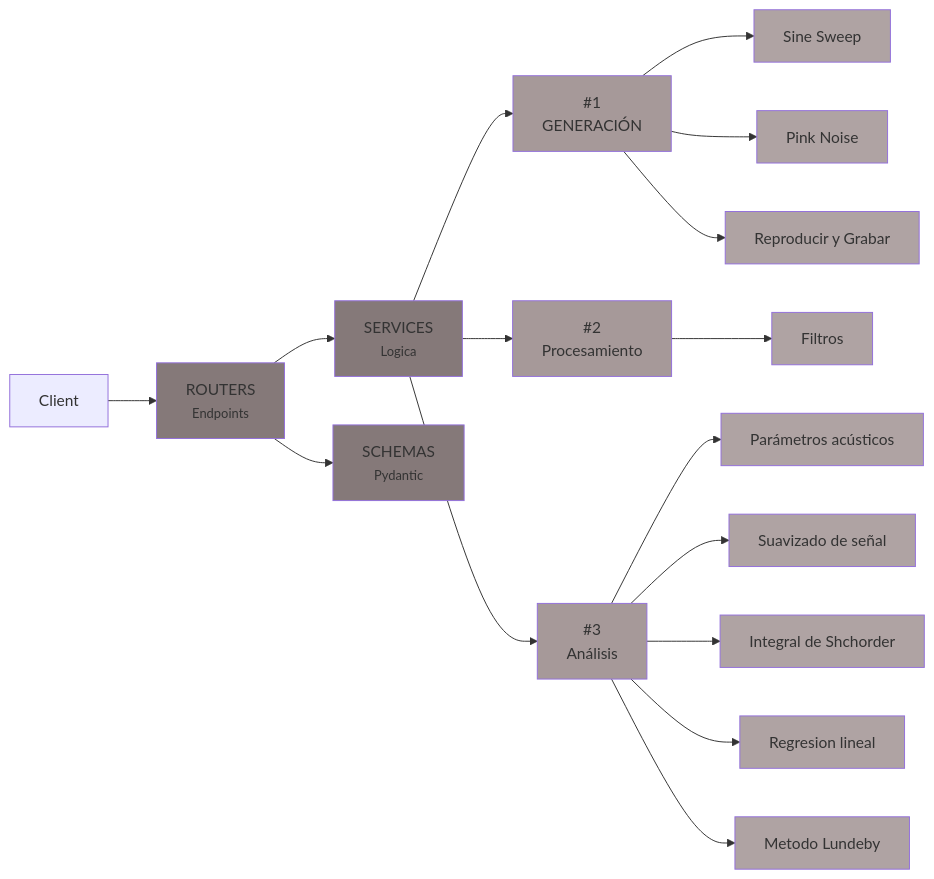
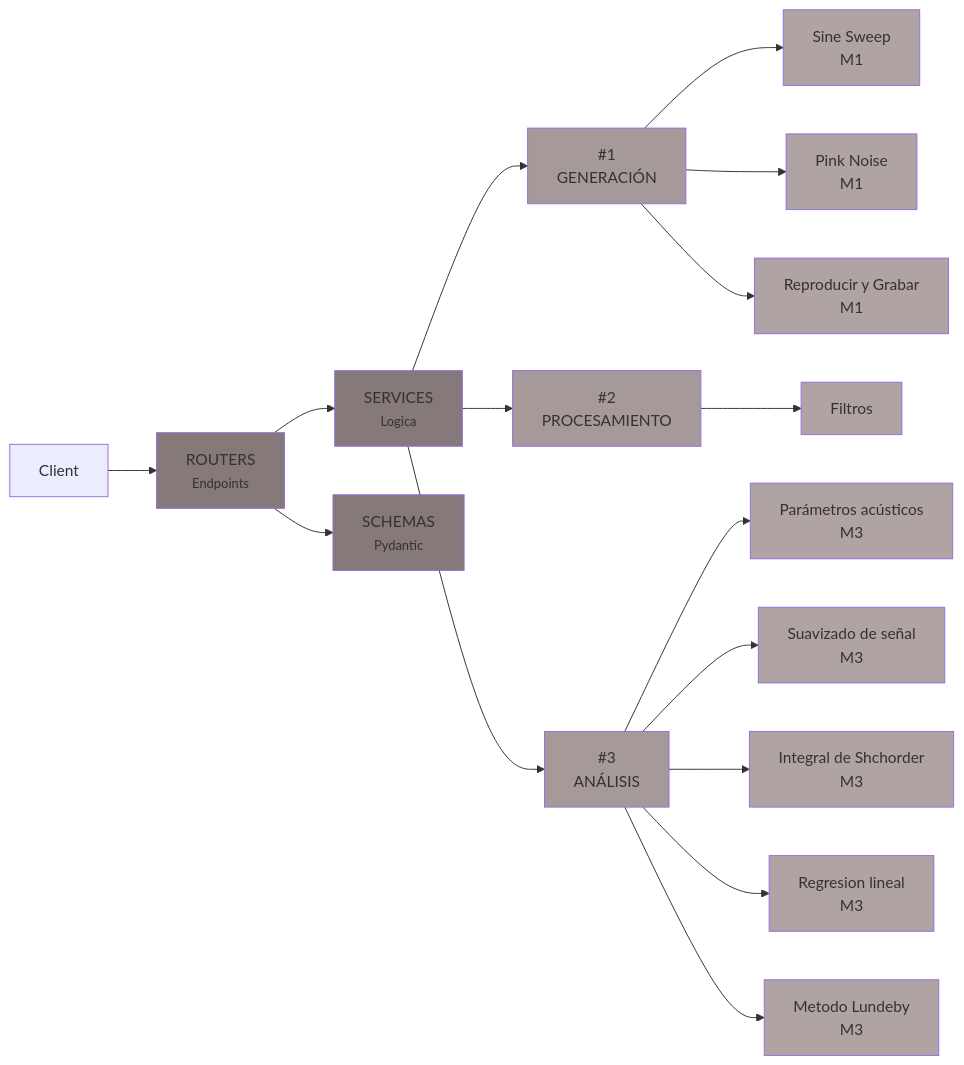
The diagram in README.md (valentinadepiero/trabajo-practico-ss), drawn with Mermaid before and after one commit.

Commit message:
Restore README.md content and structure
Restored README content and structure, including project description, installation instructions, and milestones.

````diff
--- a/README.md
+++ b/README.md
@@ -60,36 +60,36 @@
 ```mermaid
 graph LR
 Client --> R[ROUTERS<br><small>Endpoints</small>]
 R --> S[SERVICES<br><small>Logica</small>]
 S --> Gen[#1<br>GENERACIÓN]
-Gen --> SS[Sine Sweep]
-Gen --> PN[Pink Noise]
-Gen --> Rec[Reproducir y Grabar]
-S --> Proc[#2<br>Procesamiento]
+Gen --> SS[Sine Sweep<br>M1]
+Gen --> PN[Pink Noise<br>M1]
+Gen --> Rec[Reproducir y Grabar<br>M1]
+S --> Proc[#2<br>PROCESAMIENTO]
 Proc --> F[Filtros]
-S --> An[#3<br>Análisis]
-An --> Par[Parámetros acústicos]
-An -->Sua[Suavizado de señal]
-An -->InS[Integral de Shchorder]
-An -->Reg[Regresion lineal]
-An -->Mlun[Metodo Lundeby]
+S --> An[#3<br>ANÁLISIS]
+An --> Par[Parámetros acústicos<br>M3]
+An -->Sua[Suavizado de señal<br>M3]
+An -->InS[Integral de Shchorder<br>M3]
+An -->Reg[Regresion lineal<br>M3]
+An -->Mlun[Metodo Lundeby<br>M3]
 R --> Sch[SCHEMAS<br><small>Pydantic</small>]
 
 style S fill: #857979
 style Sch fill: #857979
 style R fill: #857979
 style Gen fill: #a69999
 style Proc fill: #a69999
 style An fill: #a69999
 style Par fill: #turquoise
 style SS fill: #AFA3A3
 style PN fill: #AFA3A3
 style Rec fill: #AFA3A3
 style F fill: #AFA3A3
 style Par fill: #AFA3A3
 style Sua fill: #AFA3A3
 style InS fill: #AFA3A3
 style Reg fill: #AFA3A3
 style Mlun fill: #AFA3A3
 
 ```
````
